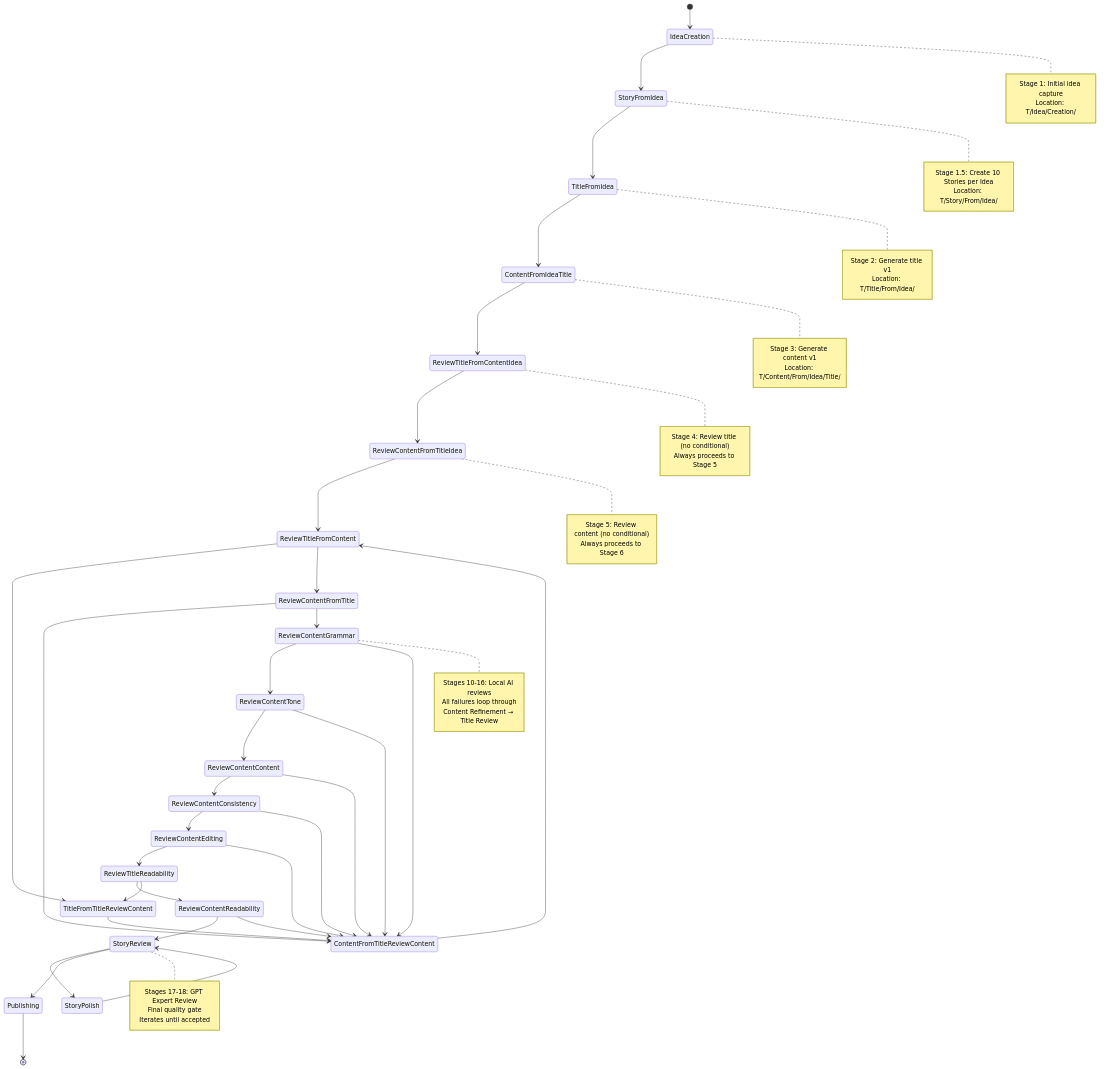
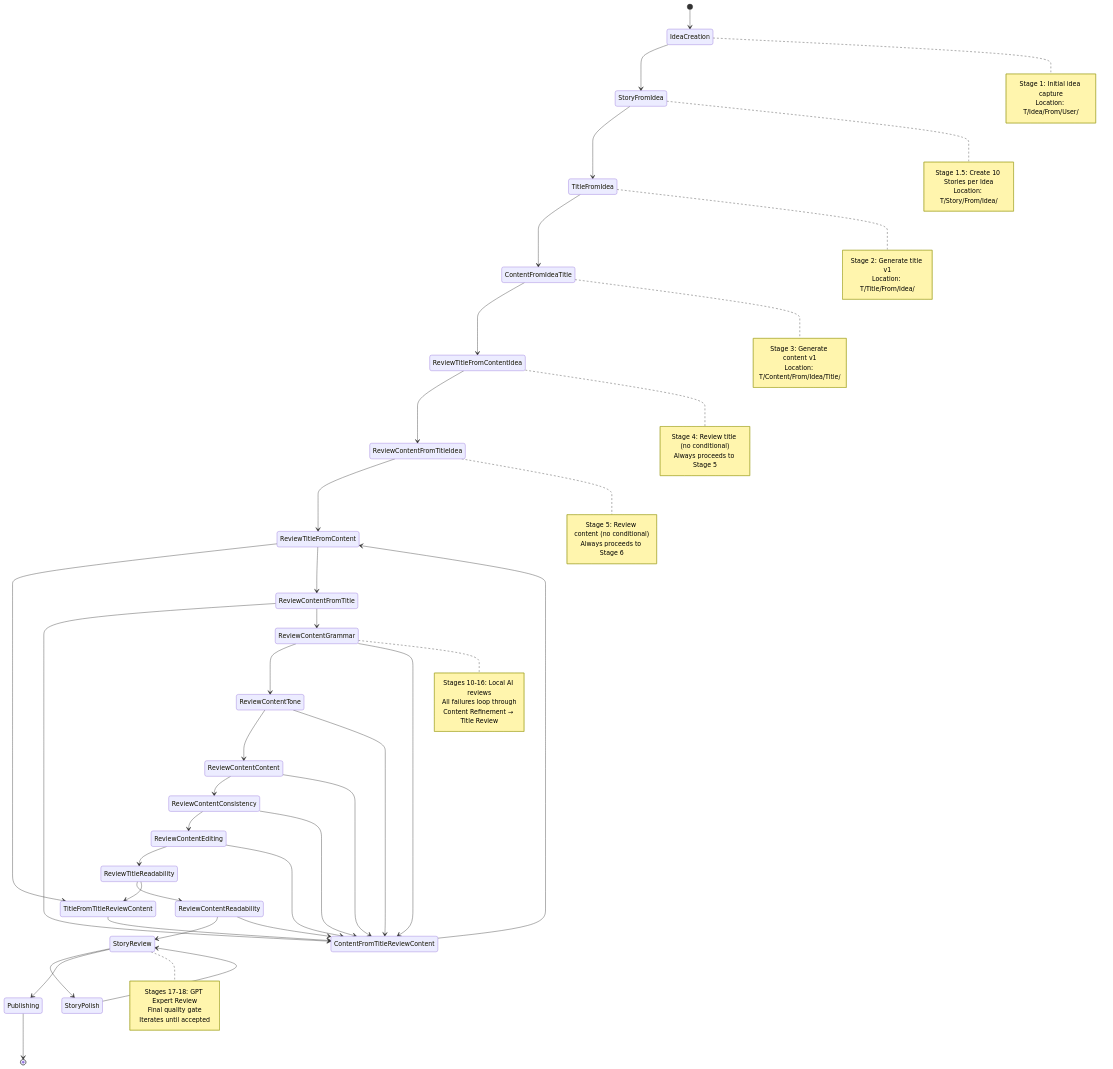
Before and after one commit to Nomoos/PrismQ: the diagram in T/_meta/docs/WORKFLOW_STATE_MACHINE.md, drawn with Mermaid. The commit also changed other lines of this file and 165 other files, not shown here.

Commit message:
Rename module from PrismQ.T.Idea.Creation to PrismQ.T.Idea.From.User

```diff
--- a/T/_meta/docs/WORKFLOW_STATE_MACHINE.md
+++ b/T/_meta/docs/WORKFLOW_STATE_MACHINE.md
@@ -57,7 +57,7 @@
 
     note right of IdeaCreation
         Stage 1: Initial idea capture
-        Location: T/Idea/Creation/
+        Location: T/Idea/From/User/
     end note
     
     note right of StoryFromIdea
```
